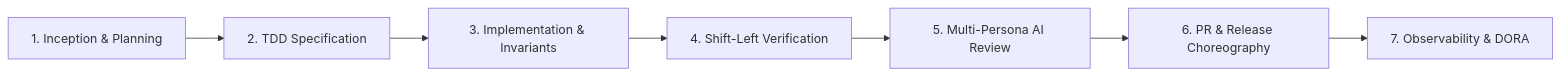
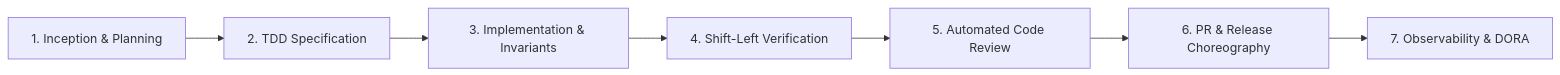
The first of 8 diagrams in docs/SDLC.md (dan-petty/devops-cli), drawn with Mermaid before and after one commit. The commit also changed other lines of this file and 37 other files, not shown here.

Commit message:
refactor(review): update documentation, delete review.md and obsolete persona references (Closes #1151)

````diff
--- a/docs/SDLC.md
+++ b/docs/SDLC.md
@@ -11,9 +11,9 @@
 ```mermaid
 flowchart LR
     P1[1. Inception & Planning] --> P2[2. TDD Specification]
     P2 --> P3[3. Implementation & Invariants]
     P3 --> P4[4. Shift-Left Verification]
-    P4 --> P5[5. Multi-Persona AI Review]
+    P4 --> P5[5. Automated Code Review]
     P5 --> P6[6. PR & Release Choreography]
     P6 --> P7[7. Observability & DORA]
 ```
````
